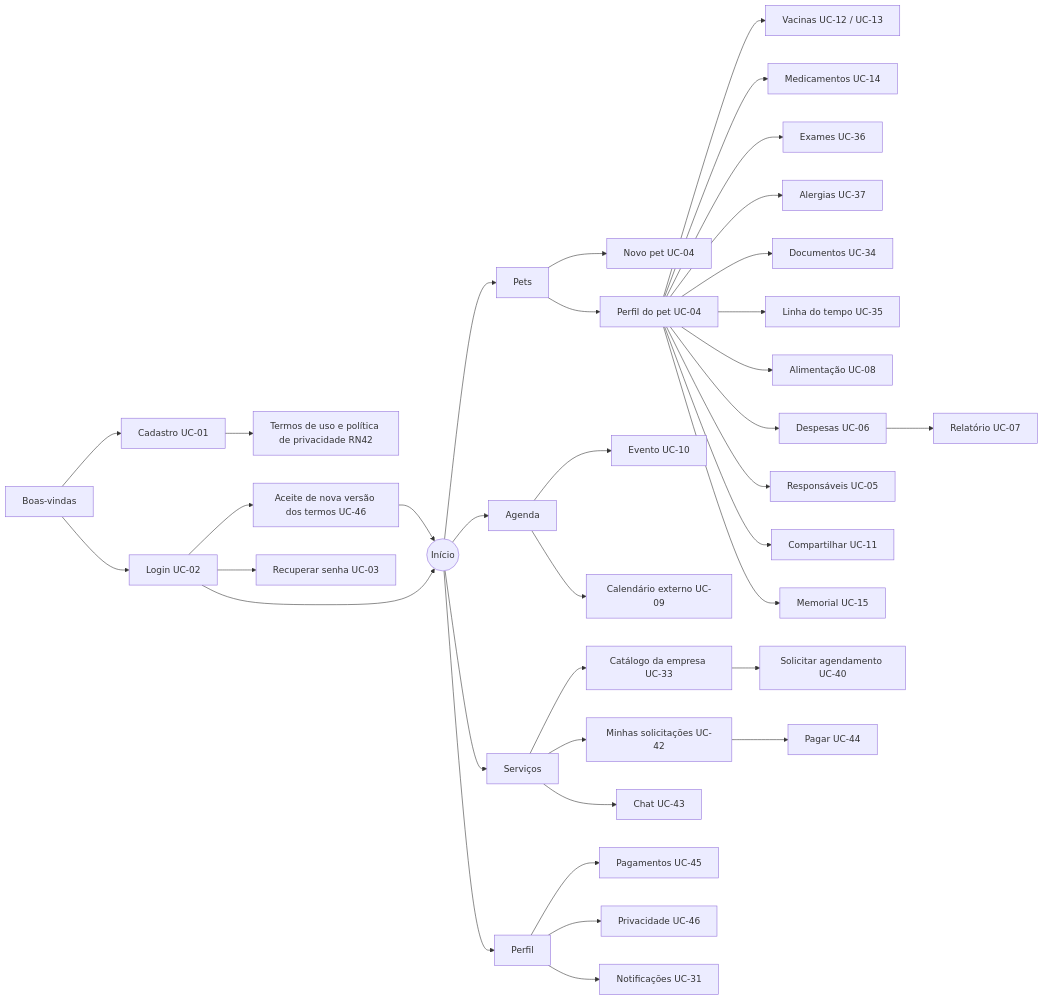
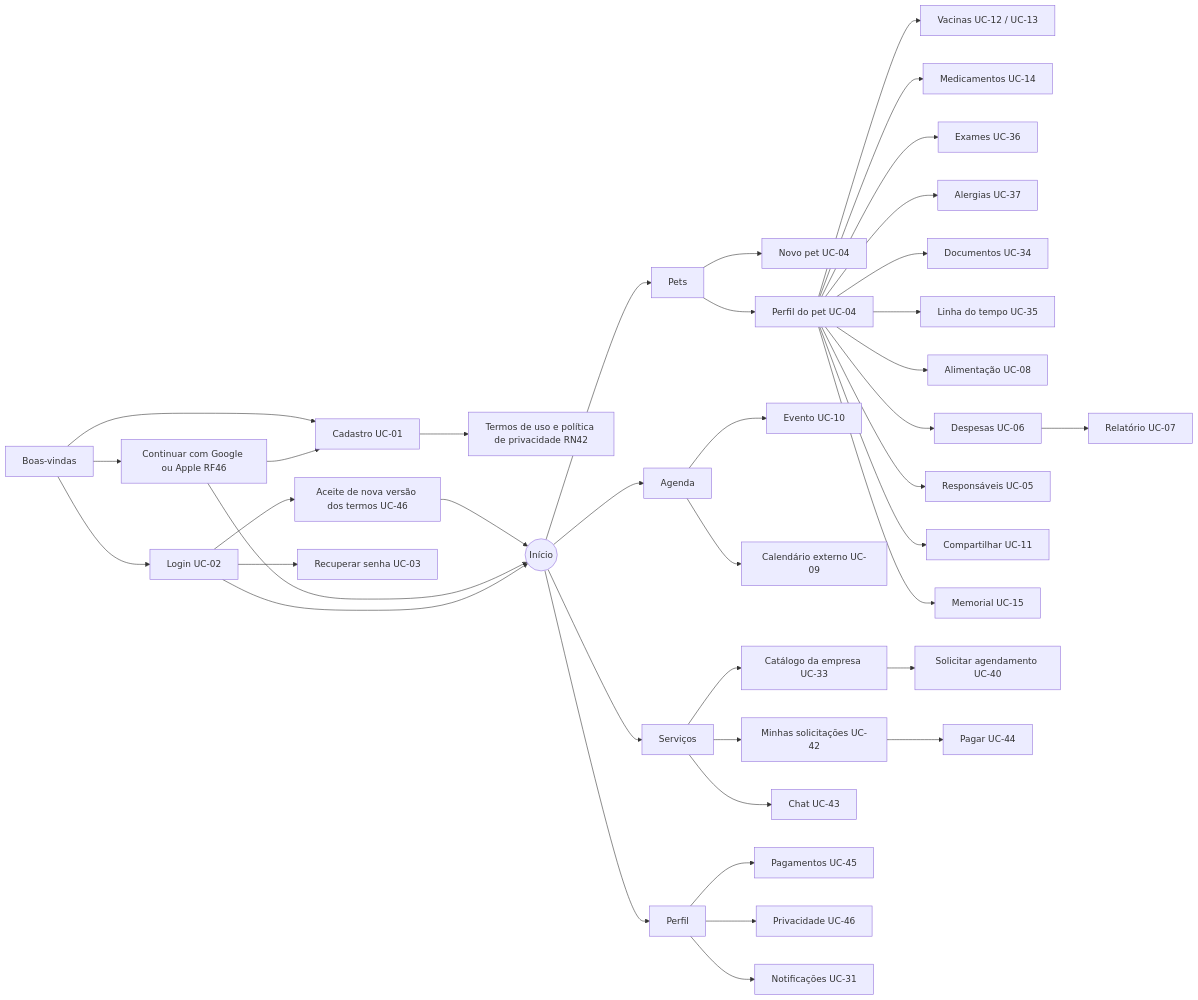
Before and after one commit to JaguaraPet/Jaguara_doc: the first of 4 diagrams in docs/05-ux/UX-01-mapa-de-navegacao.md, drawn with Mermaid. The commit also changed other lines of this file and 27 other files, not shown here.

````diff
--- a/docs/05-ux/UX-01-mapa-de-navegacao.md
+++ b/docs/05-ux/UX-01-mapa-de-navegacao.md
@@ -34,38 +35,41 @@
 ```mermaid
 flowchart LR
   A[Boas-vindas] --> B[Cadastro UC-01]
   B --> BT[Termos de uso e política de privacidade RN42]
   C --> NT[Aceite de nova versão dos termos UC-46]
   NT --> H
   A --> C[Login UC-02]
+  A --> SO[Continuar com Google ou Apple RF46]
+  SO --> B
+  SO --> H
   C --> C1[Recuperar senha UC-03]
   C --> H((Início))
   H --> P[Pets]
   H --> AG[Agenda]
   H --> S[Serviços]
   H --> PF[Perfil]
   P --> P1[Novo pet UC-04]
   P --> P2[Perfil do pet UC-04]
   P2 --> V[Vacinas UC-12 / UC-13]
   P2 --> M[Medicamentos UC-14]
   P2 --> EX[Exames UC-36]
   P2 --> AL[Alergias UC-37]
   P2 --> DOC[Documentos UC-34]
   P2 --> LT[Linha do tempo UC-35]
   P2 --> ALI[Alimentação UC-08]
   P2 --> DESP[Despesas UC-06]
   DESP --> REL[Relatório UC-07]
   P2 --> RESP[Responsáveis UC-05]
   P2 --> COMP[Compartilhar UC-11]
   P2 --> MEM[Memorial UC-15]
   AG --> EV[Evento UC-10]
   AG --> CAL[Calendário externo UC-09]
   S --> CAT[Catálogo da empresa UC-33]
   CAT --> SOL[Solicitar agendamento UC-40]
   S --> MS[Minhas solicitações UC-42]
   MS --> PAG[Pagar UC-44]
   S --> CH[Chat UC-43]
   PF --> PG[Pagamentos UC-45]
   PF --> PRIV[Privacidade UC-46]
   PF --> NOT[Notificações UC-31]
 ```
````
